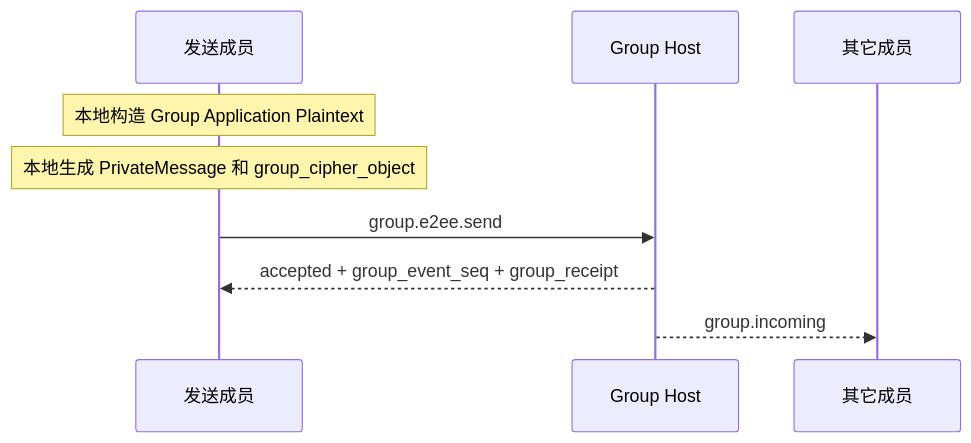
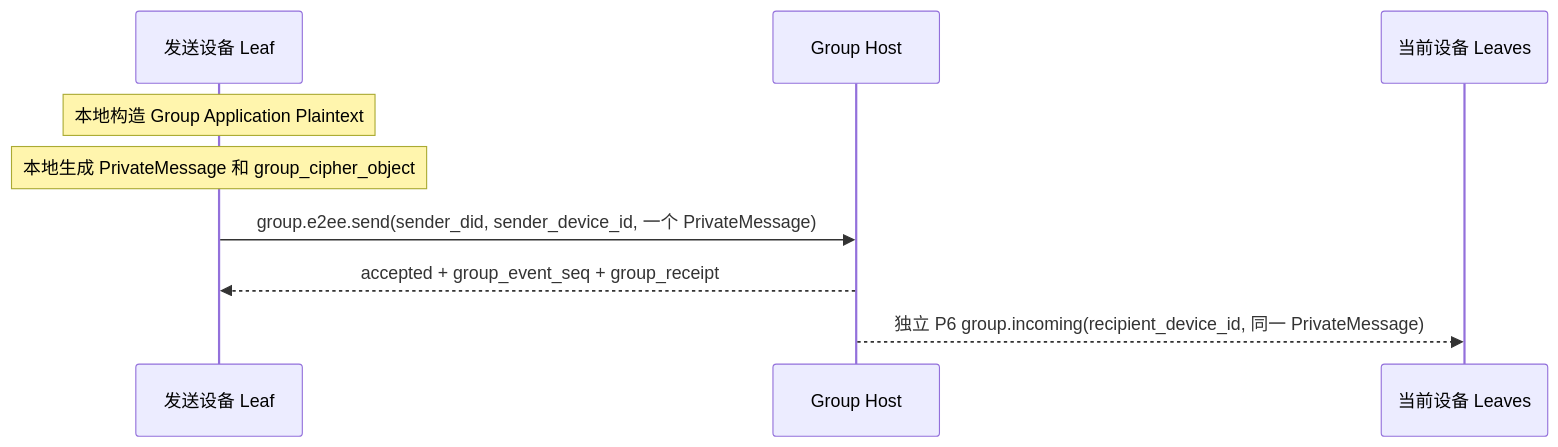
Before and after one commit to NeatNerdPrime/AgentNetworkProtocol: the eighth of 9 diagrams in chinese/message/vnext/06-群组端到端加密.md, drawn with Mermaid. The commit also changed other lines of this file and 31 other files, not shown here.

````diff
--- a/chinese/message/vnext/06-群组端到端加密.md
+++ b/chinese/message/vnext/06-群组端到端加密.md
@@ -1569,12 +1663,12 @@
 ```mermaid
 sequenceDiagram
-    participant S as 发送成员
+    participant S as 发送设备 Leaf
     participant H as Group Host
-    participant M as 其它成员
+    participant M as 当前设备 Leaves
 
     Note over S: 本地构造 Group Application Plaintext
     Note over S: 本地生成 PrivateMessage 和 group_cipher_object
-    S->>H: group.e2ee.send
+    S->>H: group.e2ee.send(sender_did, sender_device_id, 一个 PrivateMessage)
     H-->>S: accepted + group_event_seq + group_receipt
-    H-->>M: group.incoming
+    H-->>M: 独立 P6 group.incoming(recipient_device_id, 同一 PrivateMessage)
 ```
````
